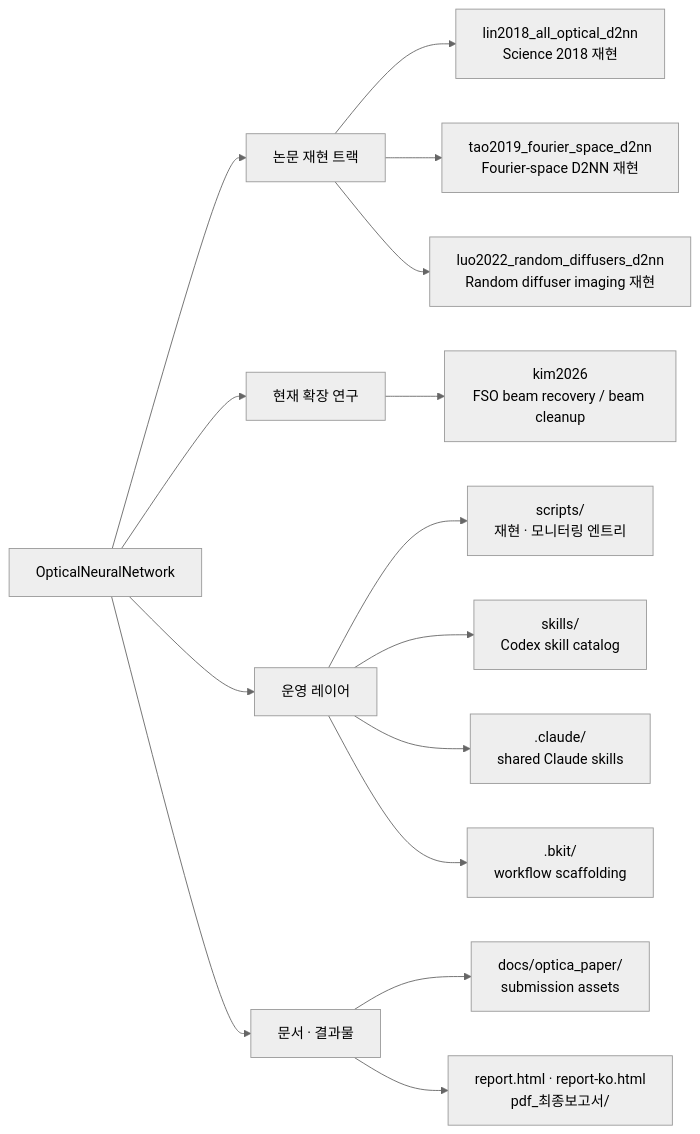
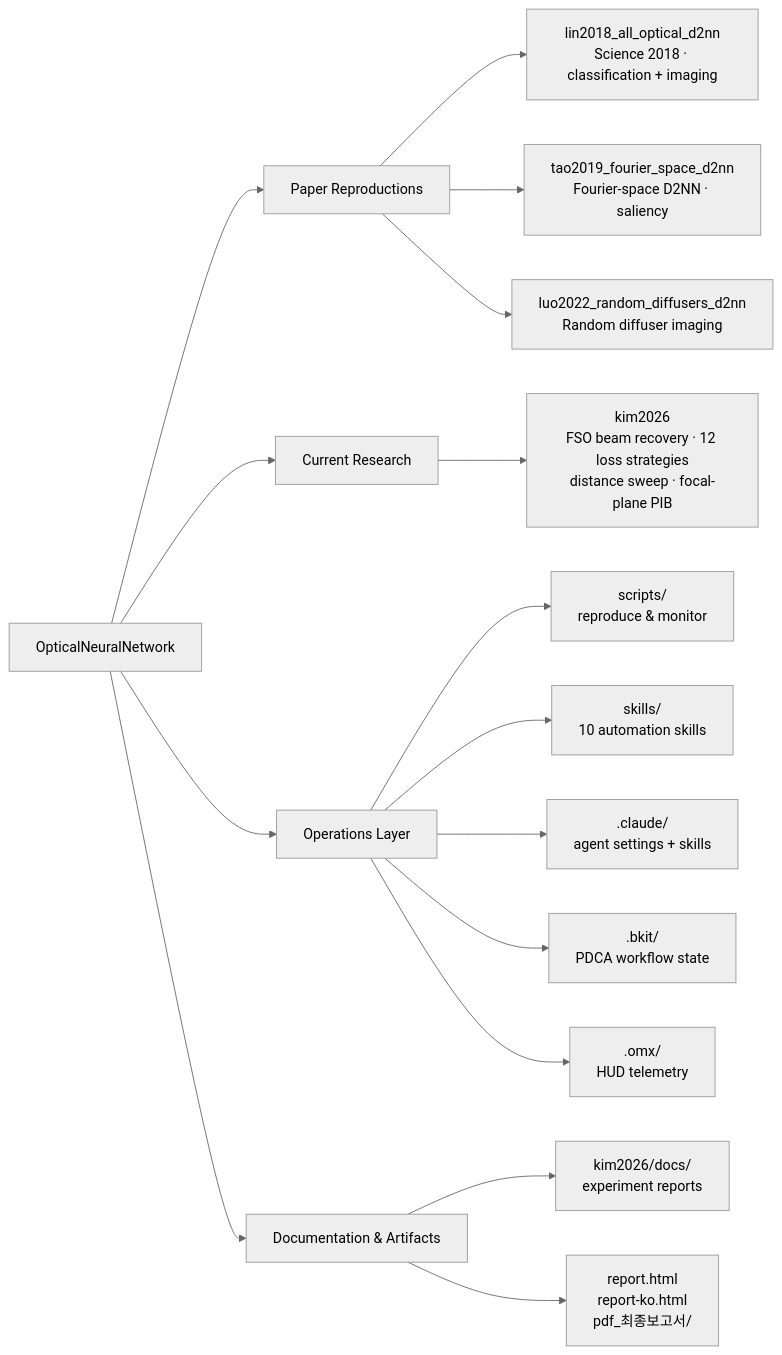
Before and after one commit to dosigner/OpticalNeuralNetwork: the second of 6 diagrams in README.md, drawn with Mermaid (neutral theme). The commit also changed other lines of this file and 641 other files, not shown here.

First line of the commit message:
Full repo refresh: harness config, English README, experiment artifacts

````diff
--- a/README.md
+++ b/README.md
@@ -8,23 +77,24 @@
 ```mermaid
 flowchart LR
     Root["OpticalNeuralNetwork"]
 
-    Root --> Classics["논문 재현 트랙"]
-    Root --> Current["현재 확장 연구"]
-    Root --> Ops["운영 레이어"]
-    Root --> Outputs["문서 · 결과물"]
+    Root --> Classics["Paper Reproductions"]
+    Root --> Current["Current Research"]
+    Root --> Ops["Operations Layer"]
+    Root --> Outputs["Documentation & Artifacts"]
 
-    Classics --> Lin["lin2018_all_optical_d2nn\nScience 2018 재현"]
-    Classics --> Tao["tao2019_fourier_space_d2nn\nFourier-space D2NN 재현"]
-    Classics --> Luo["luo2022_random_diffusers_d2nn\nRandom diffuser imaging 재현"]
+    Classics --> Lin["lin2018_all_optical_d2nn<br/>Science 2018 · classification + imaging"]
+    Classics --> Tao["tao2019_fourier_space_d2nn<br/>Fourier-space D2NN · saliency"]
+    Classics --> Luo["luo2022_random_diffusers_d2nn<br/>Random diffuser imaging"]
 
-    Current --> Kim["kim2026\nFSO beam recovery / beam cleanup"]
+    Current --> Kim["kim2026<br/>FSO beam recovery · 12 loss strategies<br/>distance sweep · focal-plane PIB"]
 
-    Ops --> Scripts["scripts/\n재현 · 모니터링 엔트리"]
-    Ops --> Skills["skills/\nCodex skill catalog"]
-    Ops --> Claude[".claude/\nshared Claude skills"]
-    Ops --> Bkit[".bkit/\nworkflow scaffolding"]
+    Ops --> Scripts["scripts/<br/>reproduce & monitor"]
+    Ops --> Skills["skills/<br/>10 automation skills"]
+    Ops --> Claude[".claude/<br/>agent settings + skills"]
+    Ops --> Bkit[".bkit/<br/>PDCA workflow state"]
+    Ops --> Omx[".omx/<br/>HUD telemetry"]
 
-    Outputs --> Paper["docs/optica_paper/\nsubmission assets"]
-    Outputs --> Reports["report.html · report-ko.html\npdf_최종보고서/"]
+    Outputs --> Paper["kim2026/docs/<br/>experiment reports"]
+    Outputs --> Reports["report.html<br/>report-ko.html<br/>pdf_최종보고서/"]
 ```
````
